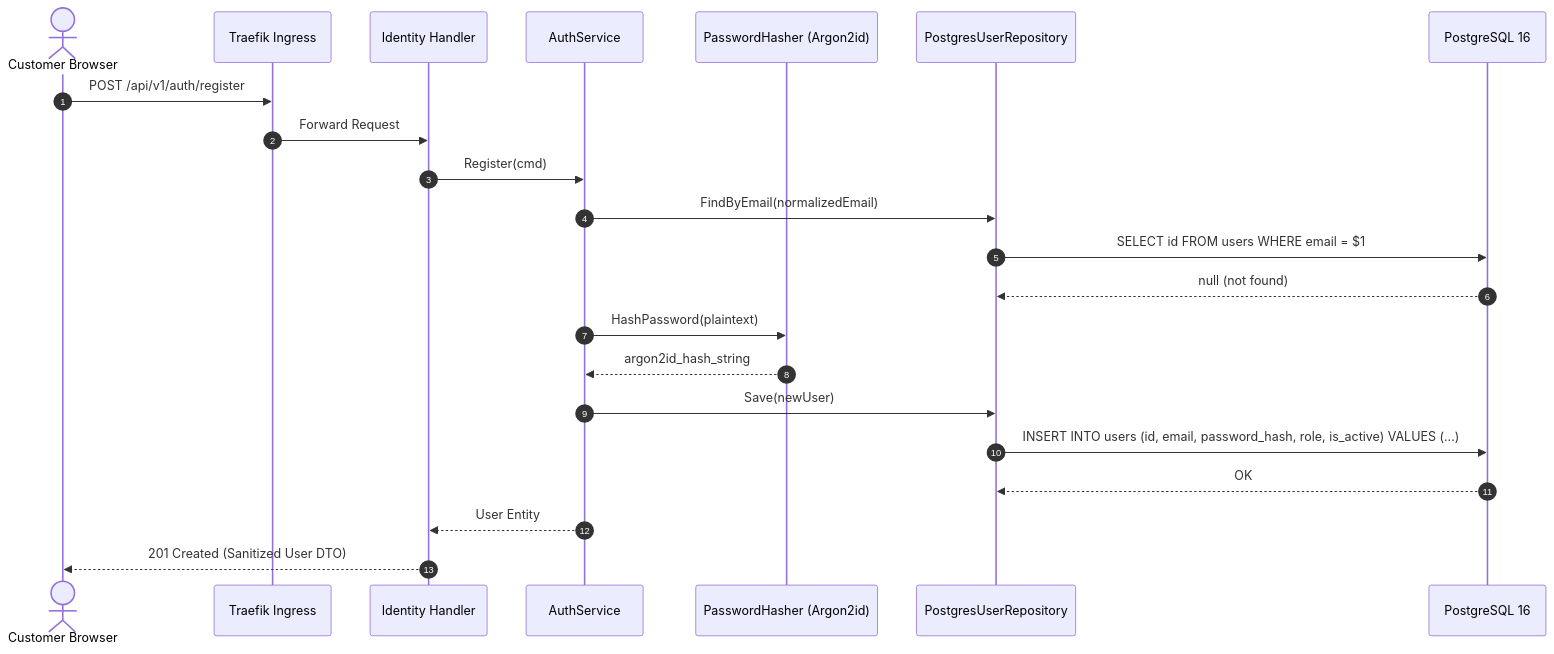
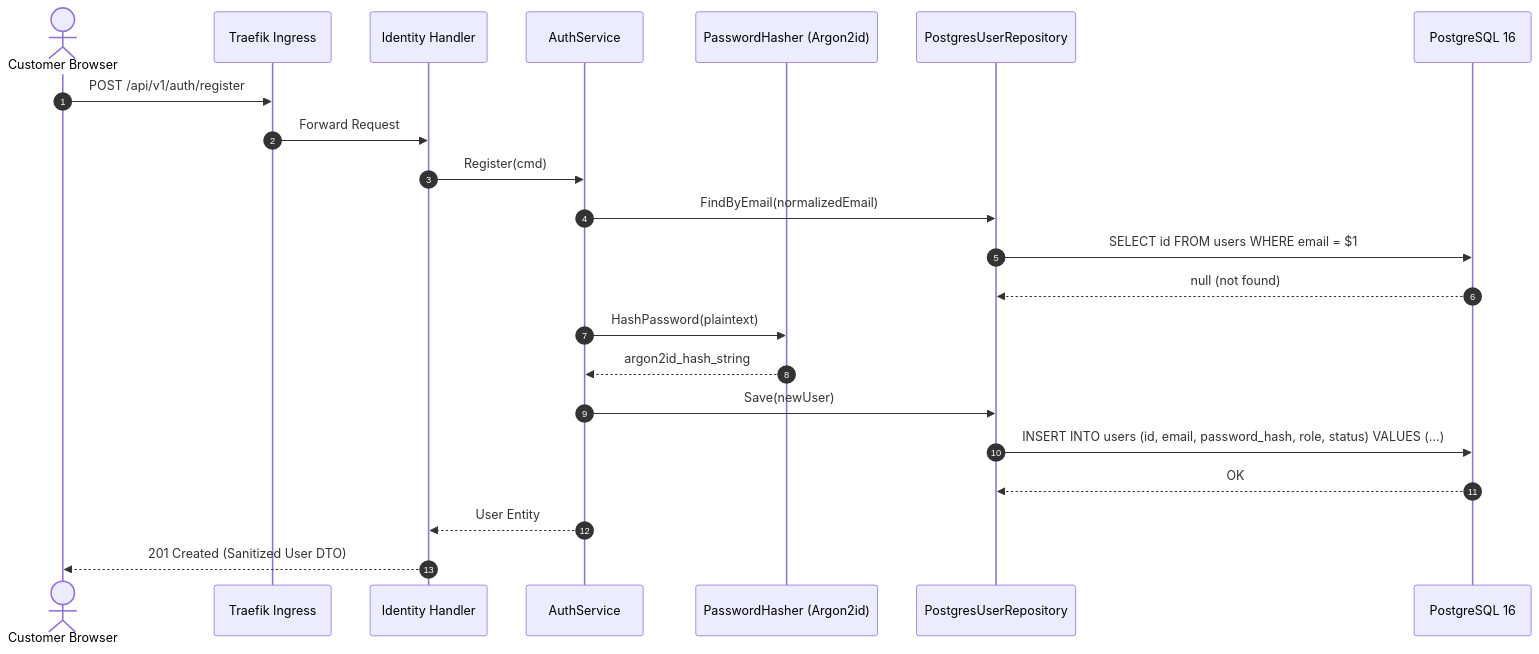
One commit to phantomTroupeEAD/SwiftDrop changed the first of 4 diagrams in docs/drafts/member-01-identity/doc-02-functional-flows-and-business-rules.md. Above: the diagram before and after it, drawn with Mermaid. The commit also changed other lines of this file and 9 other files, not shown here.

Commit message:
docs: add identity module technical specifications, security policies, and architectural ADRs

````diff
--- a/docs/drafts/member-01-identity/doc-02-functional-flows-and-business-rules.md
+++ b/docs/drafts/member-01-identity/doc-02-functional-flows-and-business-rules.md
@@ -46,25 +46,25 @@
 ```mermaid
 sequenceDiagram
     autonumber
     actor Client as Customer Browser
     participant Gateway as Traefik Ingress
     participant Handler as Identity Handler
     participant Service as AuthService
     participant Hasher as PasswordHasher (Argon2id)
     participant Repo as PostgresUserRepository
     participant DB as PostgreSQL 16
 
     Client->>Gateway: POST /api/v1/auth/register
     Gateway->>Handler: Forward Request
     Handler->>Service: Register(cmd)
     Service->>Repo: FindByEmail(normalizedEmail)
     Repo->>DB: SELECT id FROM users WHERE email = $1
     DB-->>Repo: null (not found)
     Service->>Hasher: HashPassword(plaintext)
     Hasher-->>Service: argon2id_hash_string
     Service->>Repo: Save(newUser)
-    Repo->>DB: INSERT INTO users (id, email, password_hash, role, is_active) VALUES (...)
+    Repo->>DB: INSERT INTO users (id, email, password_hash, role, status) VALUES (...)
     DB-->>Repo: OK
     Service-->>Handler: User Entity
     Handler-->>Client: 201 Created (Sanitized User DTO)
 ```
````
